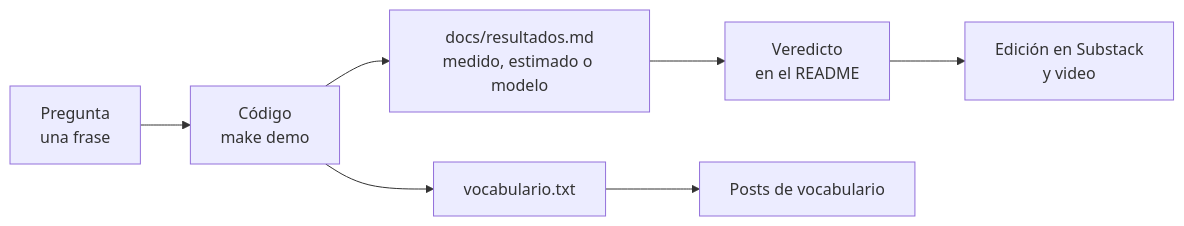
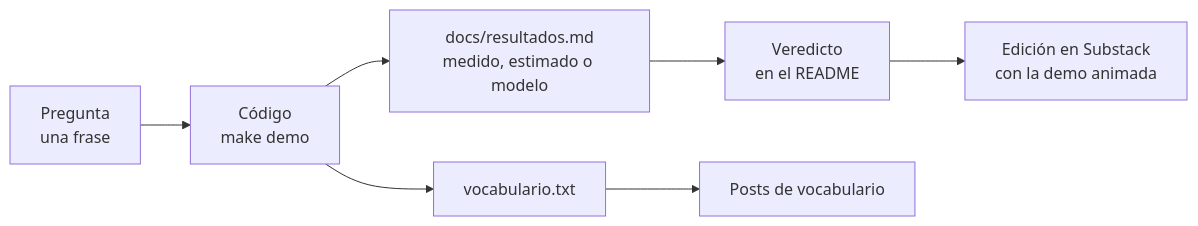
Before and after one commit to datanomadlab/pocs: the diagram in README.md, drawn with Mermaid. The commit also changed other lines of this file and 18 other files, not shown here.

````diff
--- a/README.md
+++ b/README.md
@@ -45,8 +47,8 @@
 ```mermaid
 flowchart LR
   P[Pregunta<br/>una frase] --> C[Código<br/>make demo]
   C --> R[docs/resultados.md<br/>medido, estimado o modelo]
   R --> V[Veredicto<br/>en el README]
-  V --> E[Edición en Substack<br/>y video]
+  V --> E[Edición en Substack<br/>con la demo animada]
   C --> T[vocabulario.txt] --> F[Posts de vocabulario]
 ```
````
